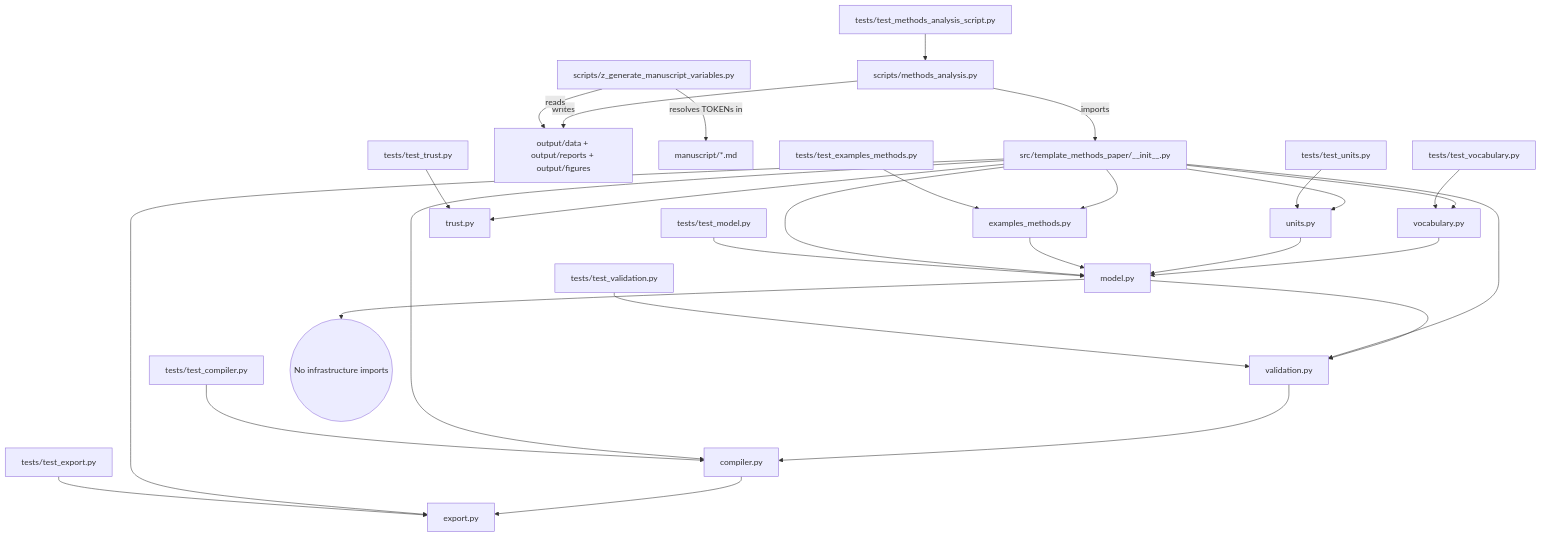
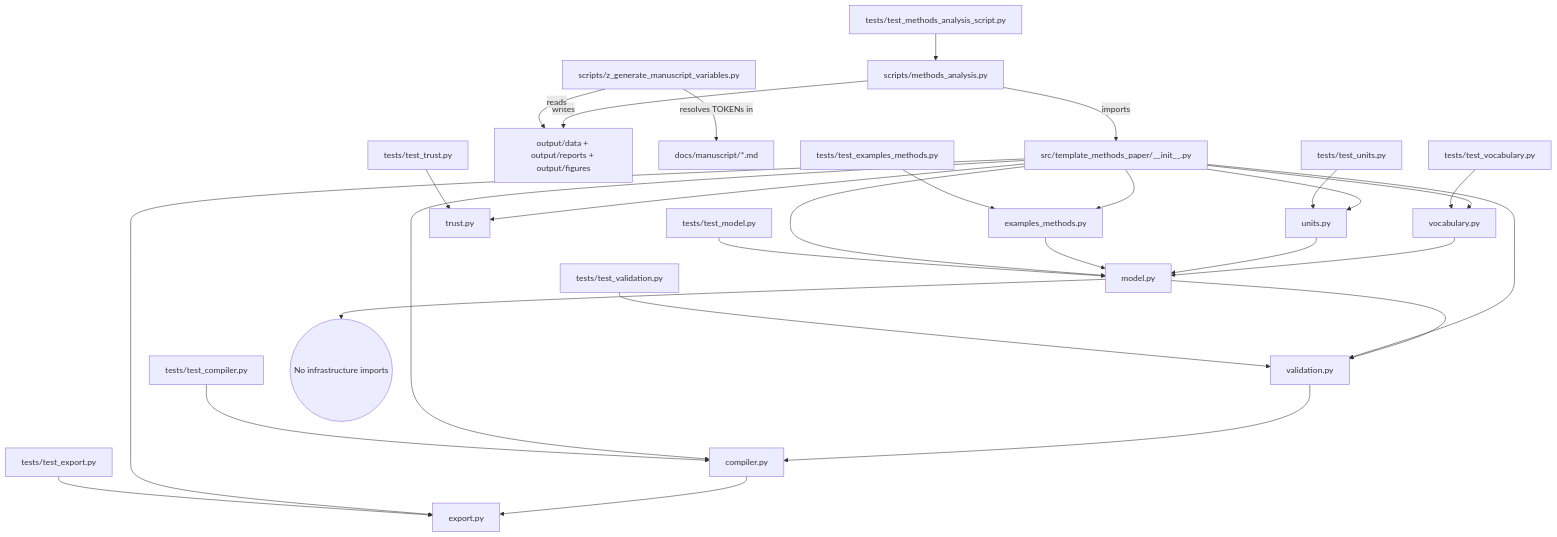
Before and after one commit to docxology/template_methods_paper: the diagram in docs/architecture.md, drawn with Mermaid. The commit also changed other lines of this file and 63 other files, not shown here.

````diff
--- a/docs/architecture.md
+++ b/docs/architecture.md
@@ -46,36 +46,36 @@
 ```mermaid
 graph TD
     VOC[vocabulary.py] --> MDL[model.py]
     UNI[units.py] --> MDL
     MDL --> VAL[validation.py]
     VAL --> CMP[compiler.py]
     CMP --> EXP[export.py]
     TRU[trust.py]
     EX2[examples_methods.py] --> MDL
 
     INIT[src/template_methods_paper/__init__.py] --> VOC
     INIT --> UNI
     INIT --> MDL
     INIT --> VAL
     INIT --> CMP
     INIT --> EXP
     INIT --> TRU
     INIT --> EX2
 
     SC[scripts/methods_analysis.py] -->|imports| INIT
     SC -->|writes| OUT[output/data + output/reports + output/figures]
     GMV[scripts/z_generate_manuscript_variables.py] -->|reads| OUT
-    GMV -->|resolves TOKENs in| MAN[manuscript/*.md]
+    GMV -->|resolves TOKENs in| MAN[docs/manuscript/*.md]
 
     T1[tests/test_vocabulary.py] --> VOC
     T2[tests/test_units.py] --> UNI
     T3[tests/test_model.py] --> MDL
     T4[tests/test_validation.py] --> VAL
     T5[tests/test_compiler.py] --> CMP
     T6[tests/test_export.py] --> EXP
     T7[tests/test_trust.py] --> TRU
     T8[tests/test_examples_methods.py] --> EX2
     T9[tests/test_methods_analysis_script.py] --> SC
 
     MDL --> N((No infrastructure imports))
 ```
````
